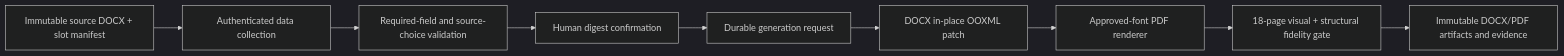
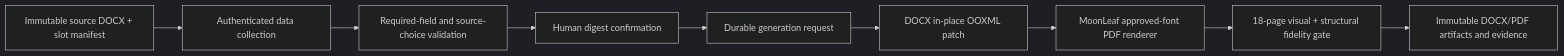
One commit to vectie/lunanexa changed the diagram in docs/CONTRACT_DOCUMENTS.md. Above: the diagram before and after it, drawn with Mermaid (dark theme). The commit also changed other lines of this file and 14 other files, not shown here.

Commit message:
fix: require MoonLeaf for contract PDF evidence

````diff
--- a/docs/CONTRACT_DOCUMENTS.md
+++ b/docs/CONTRACT_DOCUMENTS.md
@@ -16,11 +16,11 @@
 ```mermaid
 flowchart LR
   T["Immutable source DOCX + slot manifest"] --> C["Authenticated data collection"]
   C --> V["Required-field and source-choice validation"]
   V --> H["Human digest confirmation"]
   H --> J["Durable generation request"]
   J --> D["DOCX in-place OOXML patch"]
-  D --> R["Approved-font PDF renderer"]
+  D --> R["MoonLeaf approved-font PDF renderer"]
   R --> Q["18-page visual + structural fidelity gate"]
   Q --> A["Immutable DOCX/PDF artifacts and evidence"]
 ```
````
